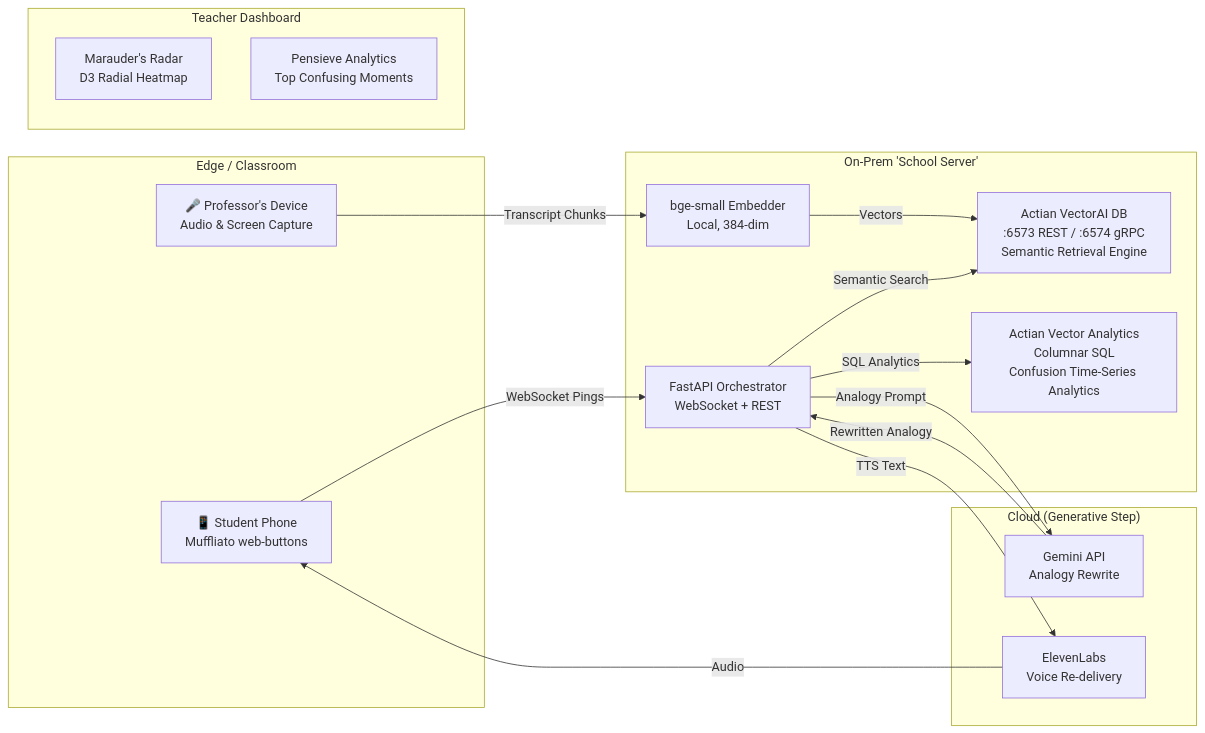
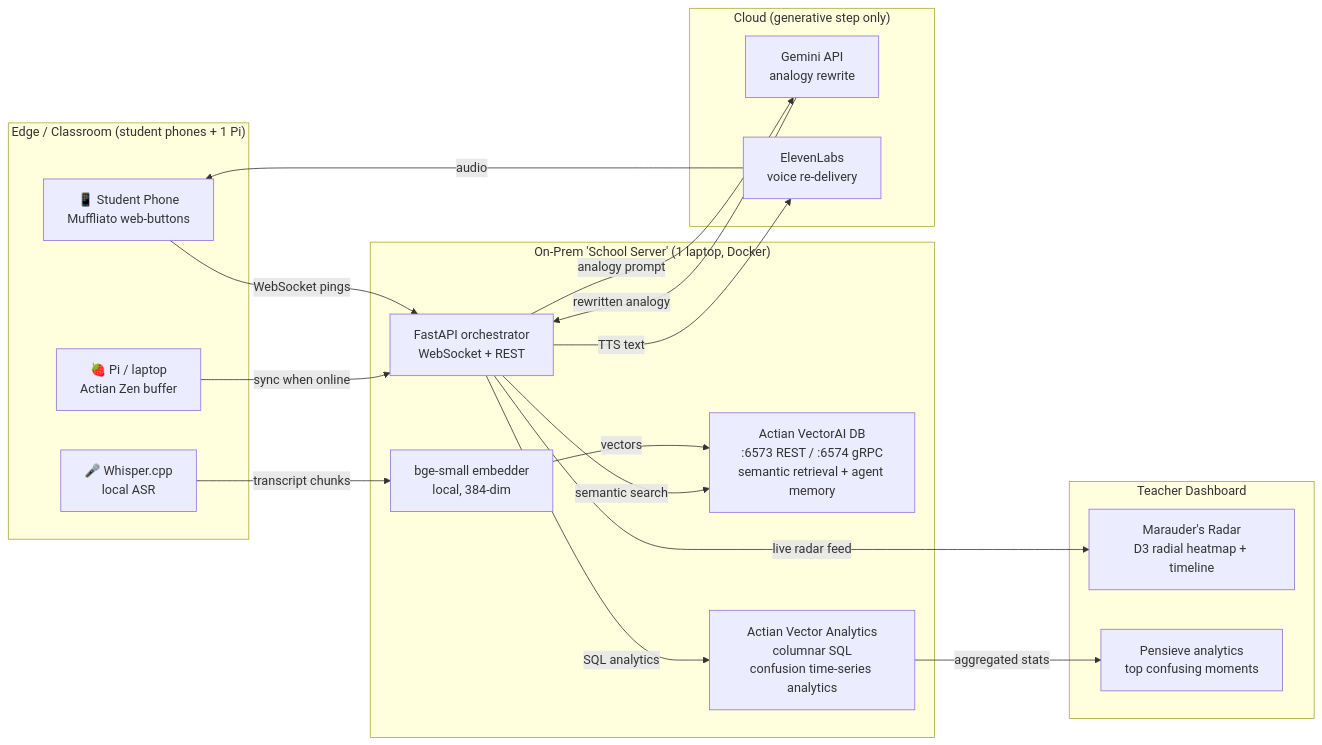
One commit to Sourodyuti/TeamTraction changed the diagram in README.md. Above: the diagram before and after it, drawn with Mermaid. The commit also changed other lines of this file, not shown here.

Commit message:
docs: elaborate README with full component breakdown, API reference, and diagnostics

````diff
--- a/README.md
+++ b/README.md
@@ -129,30 +61,34 @@
 ```mermaid
 flowchart LR
-  subgraph EDGE["Edge / Classroom"]
+  subgraph EDGE["Edge / Classroom (student phones + 1 Pi)"]
     P1["📱 Student Phone<br/>Muffliato web-buttons"]
-    P2["🎤 Professor's Device<br/>Audio & Screen Capture"]
+    P2["🎤 Whisper.cpp<br/>local ASR"]
+    P3["🍓 Pi / laptop<br/>Actian Zen buffer"]
   end
-  subgraph CORE["On-Prem 'School Server'"]
-    ADB["Actian VectorAI DB<br/>:6573 REST / :6574 gRPC<br/>Semantic Retrieval Engine"]
-    AVEC["Actian Vector Analytics<br/>Columnar SQL<br/>Confusion Time-Series Analytics"]
-    API["FastAPI Orchestrator<br/>WebSocket + REST"]
-    EMB["bge-small Embedder<br/>Local, 384-dim"]
+  subgraph CORE["On-Prem 'School Server' (1 laptop, Docker)"]
+    ADB["Actian VectorAI DB<br/>:6573 REST / :6574 gRPC<br/>semantic retrieval + agent memory"]
+    AVEC["Actian Vector Analytics<br/>columnar SQL<br/>confusion time-series analytics"]
+    API["FastAPI orchestrator<br/>WebSocket + REST"]
+    EMB["bge-small embedder<br/>local, 384-dim"]
   end
-  subgraph CLOUD["Cloud (Generative Step)"]
-    GEM["Gemini API<br/>Analogy Rewrite"]
-    ELE["ElevenLabs<br/>Voice Re-delivery"]
+  subgraph CLOUD["Cloud (generative step only)"]
+    GEM["Gemini API<br/>analogy rewrite"]
+    ELE["ElevenLabs<br/>voice re-delivery"]
   end
   subgraph UI["Teacher Dashboard"]
-    RAD["Marauder's Radar<br/>D3 Radial Heatmap"]
-    PEN["Pensieve Analytics<br/>Top Confusing Moments"]
+    RAD["Marauder's Radar<br/>D3 radial heatmap + timeline"]
+    PEN["Pensieve analytics<br/>top confusing moments"]
   end
-  P1 -- WebSocket Pings --> API
-  P2 -- Transcript Chunks --> EMB
-  EMB -- Vectors --> ADB
-  API -- Semantic Search --> ADB
-  API -- SQL Analytics --> AVEC
-  API -- Analogy Prompt --> GEM
-  GEM -- Rewritten Analogy --> API
-  API -- TTS Text --> ELE
-  ELE -- Audio --> P1
+  P1 -- WebSocket pings --> API
+  P2 -- transcript chunks --> EMB
+  P3 -- sync when online --> API
+  EMB -- vectors --> ADB
+  API -- semantic search --> ADB
+  API -- SQL analytics --> AVEC
+  API -- analogy prompt --> GEM
+  GEM -- rewritten analogy --> API
+  API -- TTS text --> ELE
+  ELE -- audio --> P1
+  API -- live radar feed --> RAD
+  AVEC -- aggregated stats --> PEN
 ```
````
